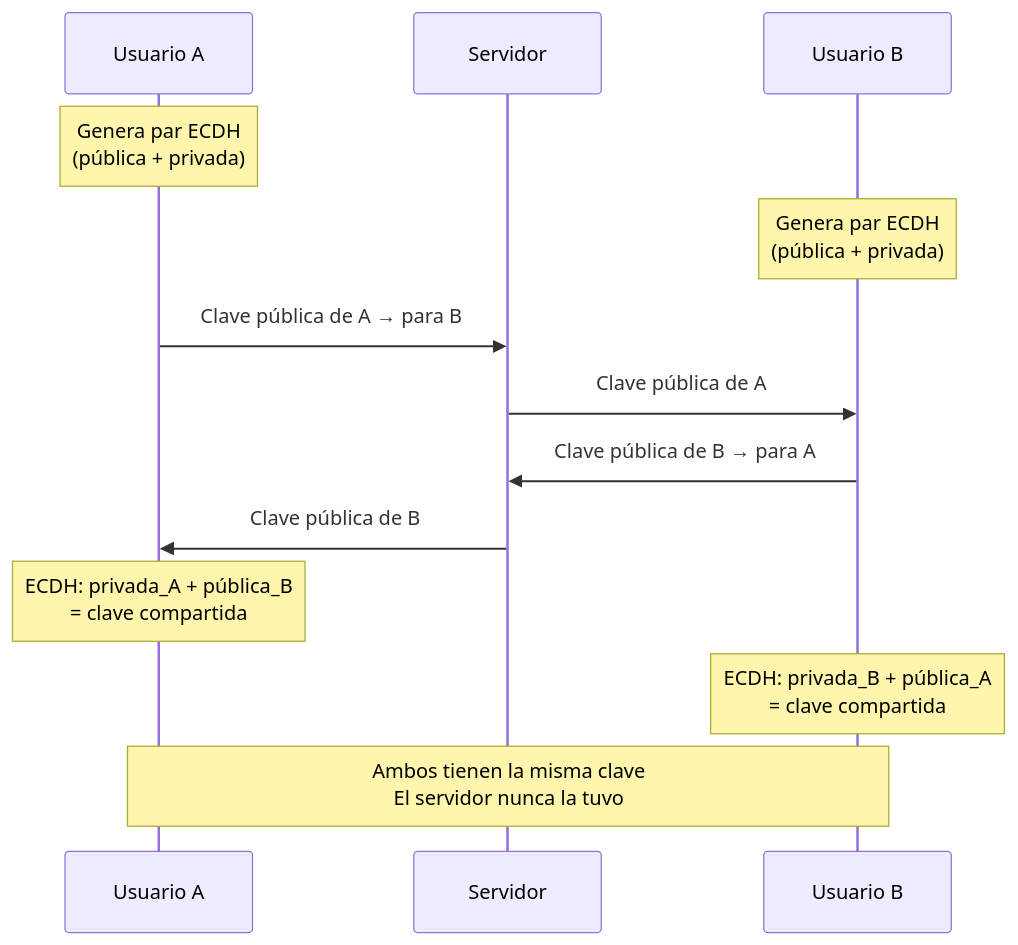
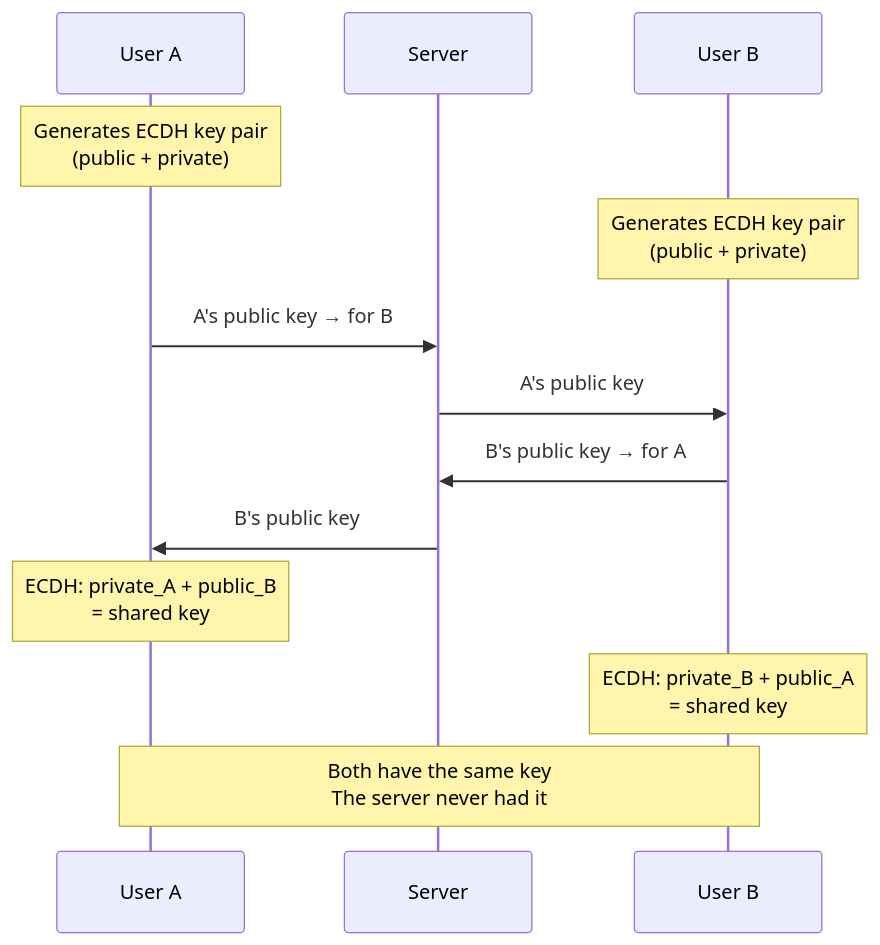
One commit to Martin08ABM/ghostchat-messenger changed the third of 4 diagrams in README.md. Above: the diagram before and after it, drawn with Mermaid. The commit also changed other lines of this file and 6 other files, not shown here.

````diff
--- a/README.md
+++ b/README.md
@@ -132,20 +132,20 @@
 ```mermaid
 sequenceDiagram
-    participant A as Usuario A
-    participant S as Servidor
-    participant B as Usuario B
+    participant A as User A
+    participant S as Server
+    participant B as User B
 
-    Note over A: Genera par ECDH<br/>(pública + privada)
-    Note over B: Genera par ECDH<br/>(pública + privada)
+    Note over A: Generates ECDH key pair<br/>(public + private)
+    Note over B: Generates ECDH key pair<br/>(public + private)
 
-    A->>S: Clave pública de A → para B
-    S->>B: Clave pública de A
+    A->>S: A's public key → for B
+    S->>B: A's public key
 
-    B->>S: Clave pública de B → para A
-    S->>A: Clave pública de B
+    B->>S: B's public key → for A
+    S->>A: B's public key
 
-    Note over A: ECDH: privada_A + pública_B<br/>= clave compartida
-    Note over B: ECDH: privada_B + pública_A<br/>= clave compartida
+    Note over A: ECDH: private_A + public_B<br/>= shared key
+    Note over B: ECDH: private_B + public_A<br/>= shared key
 
-    Note over A,B: Ambos tienen la misma clave<br/>El servidor nunca la tuvo
+    Note over A,B: Both have the same key<br/>The server never had it
 ```
````
